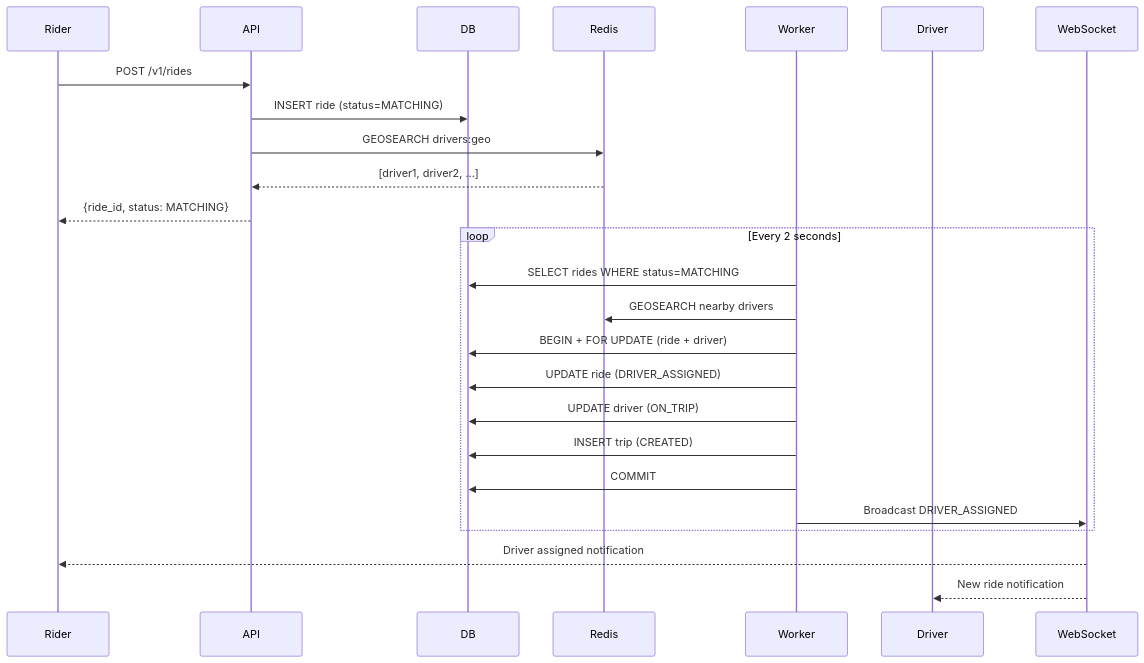
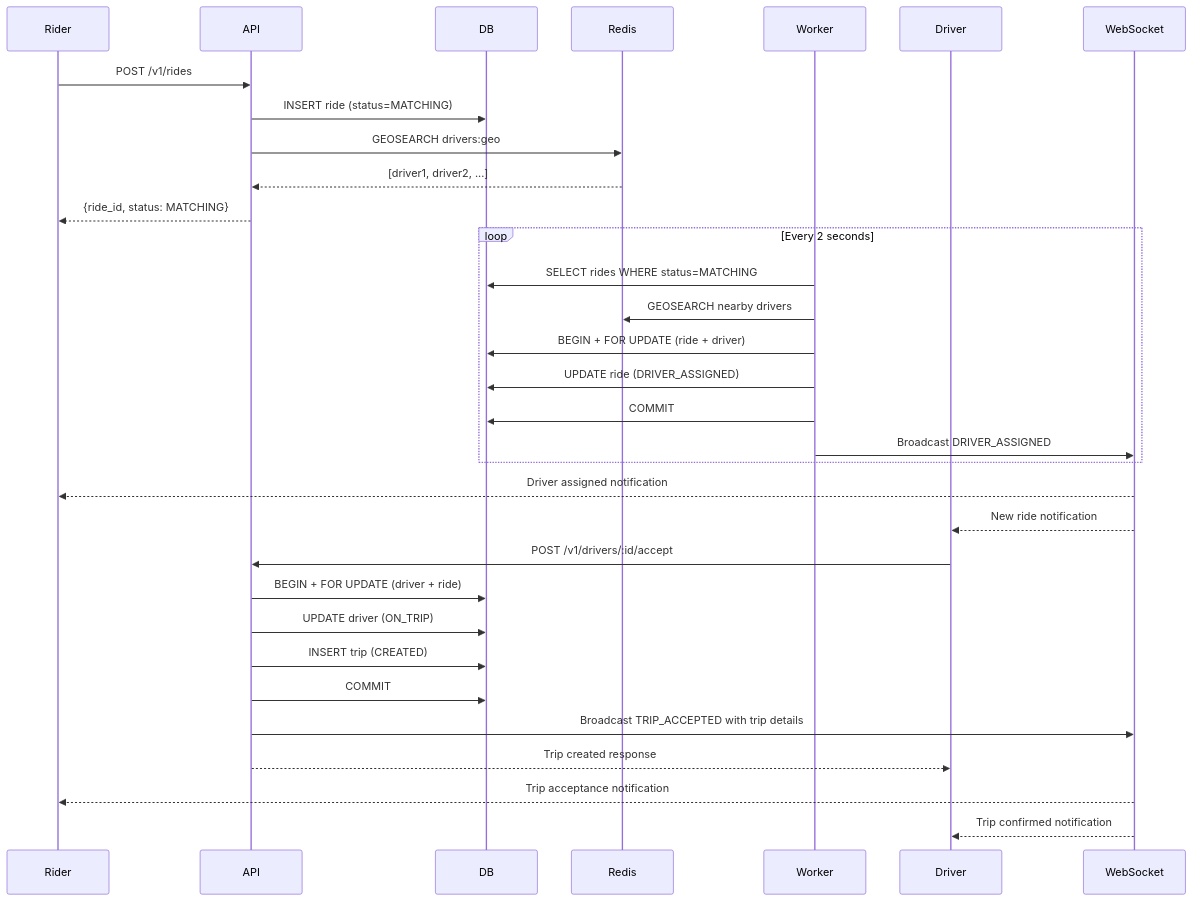
One commit to pijushrbiswas/Ride-Hailing-Application changed the diagram in README.md. Above: the diagram before and after it, drawn with Mermaid. The commit also changed other lines of this file and 6 other files, not shown here.

Commit message:
updated the ride acceptance logic to re-res model

````diff
--- a/README.md
+++ b/README.md
@@ -315,29 +315,37 @@
 ```mermaid
 sequenceDiagram
     participant Rider
     participant API
     participant DB
     participant Redis
     participant Worker
     participant Driver
 
     Rider->>API: POST /v1/rides
     API->>DB: INSERT ride (status=MATCHING)
     API->>Redis: GEOSEARCH drivers:geo
     Redis-->>API: [driver1, driver2, ...]
     API-->>Rider: {ride_id, status: MATCHING}
     
     loop Every 2 seconds
         Worker->>DB: SELECT rides WHERE status=MATCHING
         Worker->>Redis: GEOSEARCH nearby drivers
         Worker->>DB: BEGIN + FOR UPDATE (ride + driver)
         Worker->>DB: UPDATE ride (DRIVER_ASSIGNED)
-        Worker->>DB: UPDATE driver (ON_TRIP)
-        Worker->>DB: INSERT trip (CREATED)
         Worker->>DB: COMMIT
         Worker->>WebSocket: Broadcast DRIVER_ASSIGNED
     end
     
     WebSocket-->>Rider: Driver assigned notification
     WebSocket-->>Driver: New ride notification
+
+    Driver->>API: POST /v1/drivers/:id/accept
+    API->>DB: BEGIN + FOR UPDATE (driver + ride)
+    API->>DB: UPDATE driver (ON_TRIP)
+    API->>DB: INSERT trip (CREATED)
+    API->>DB: COMMIT
+    API->>WebSocket: Broadcast TRIP_ACCEPTED with trip details
+    API-->>Driver: Trip created response
+    WebSocket-->>Rider: Trip acceptance notification
+    WebSocket-->>Driver: Trip confirmed notification
 ```
````
